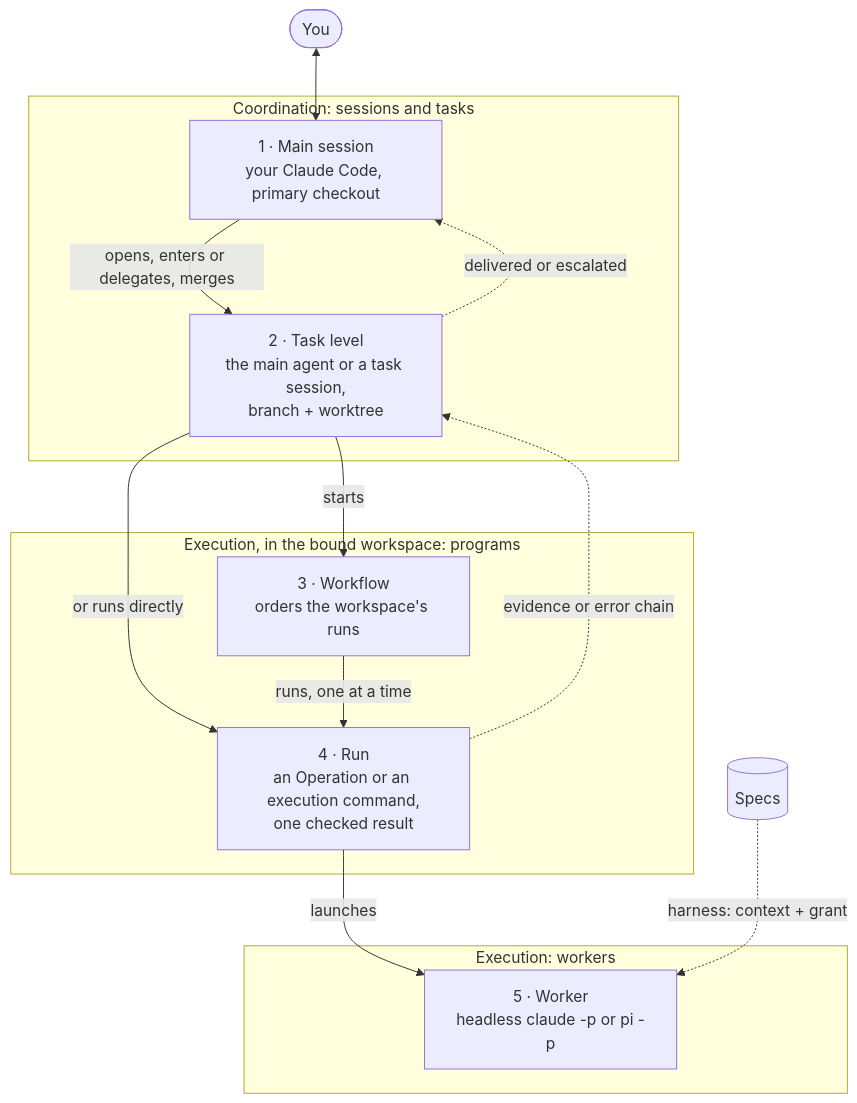
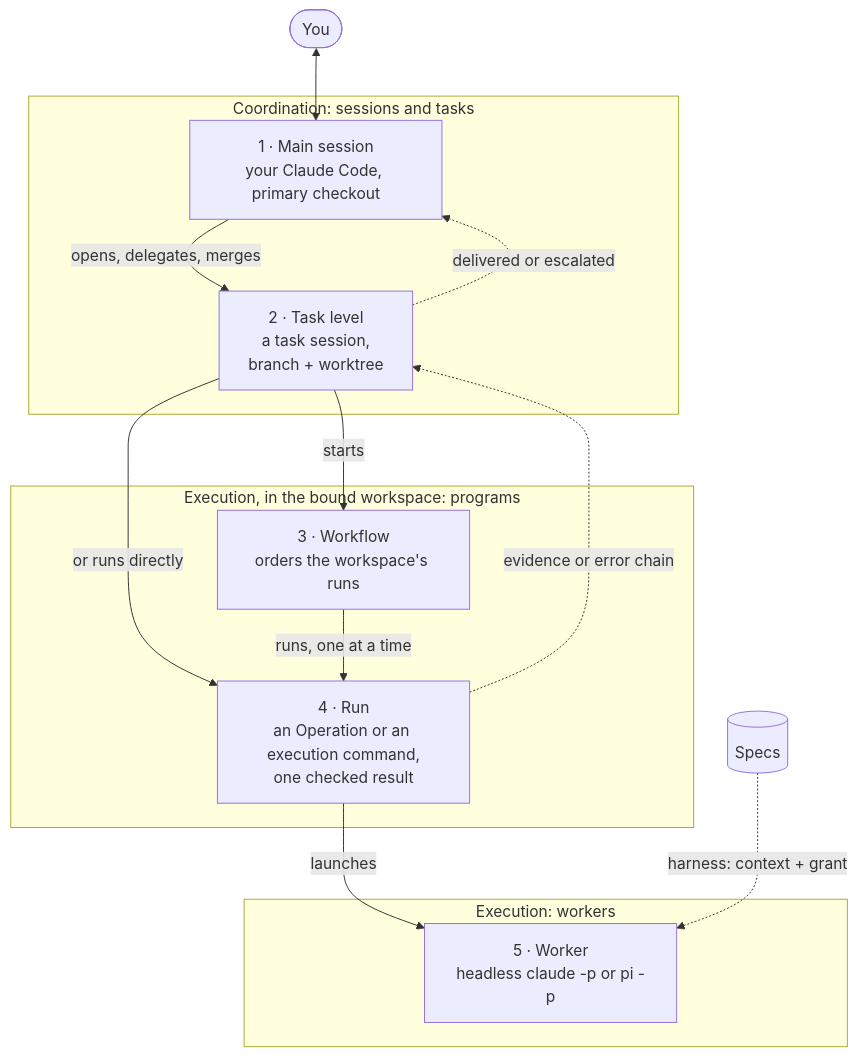
The diagram in README.md (FTOD/concorde), drawn with Mermaid before and after one commit. The commit also changed other lines of this file and 9 other files, not shown here.

````diff
--- a/README.md
+++ b/README.md
@@ -41,25 +41,25 @@
 ```mermaid
 flowchart TB
   you(["You"])
   subgraph top["Coordination: sessions and tasks"]
     main["1 · Main session<br/>your Claude Code, primary checkout"]
-    task["2 · Task level<br/>the main agent or a task session,<br/>branch + worktree"]
+    task["2 · Task level<br/>a task session,<br/>branch + worktree"]
   end
   subgraph mid["Execution, in the bound workspace: programs"]
     wf["3 · Workflow<br/>orders the workspace's runs"]
     op["4 · Run<br/>an Operation or an execution command,<br/>one checked result"]
   end
   subgraph bottom["Execution: workers"]
     w["5 · Worker<br/>headless claude -p or pi -p"]
   end
   specs[("Specs")]
   you <--> main
-  main -->|opens, enters or delegates, merges| task
+  main -->|opens, delegates, merges| task
   task -->|starts| wf
   task -->|or runs directly| op
   wf -->|runs, one at a time| op
   op -->|launches| w
   specs -.->|harness: context + grant| w
   op -.->|evidence or error chain| task
   task -.->|delivered or escalated| main
 ```
````
